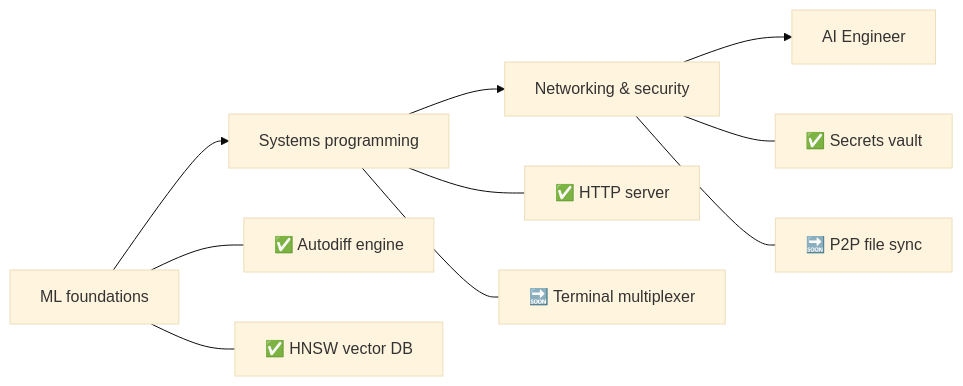
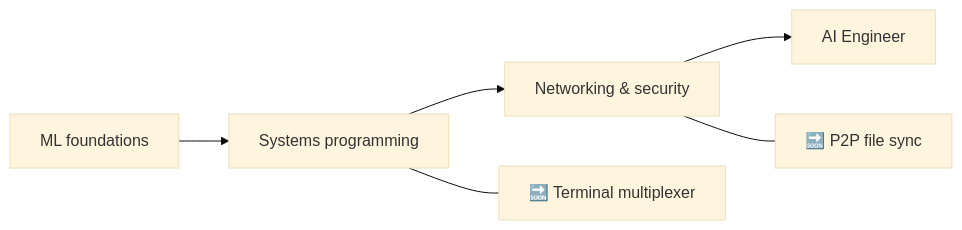
Before and after one commit to zuroking/zuroking: the diagram in README.md, drawn with Mermaid (base theme). The commit also changed other lines of this file, not shown here.

````diff
--- a/README.md
+++ b/README.md
@@ -90,13 +99,9 @@
 ```mermaid
 flowchart LR
     A[ML foundations] --> B[Systems programming]
     B --> C[Networking & security]
     C --> D[AI Engineer]
 
-    A --- A1[✅ Autodiff engine]
-    A --- A2[✅ HNSW vector DB]
-    B --- B1[✅ HTTP server]
-    B --- B2[🔜 Terminal multiplexer]
-    C --- C1[✅ Secrets vault]
+    B --- B1[🔜 Terminal multiplexer]
     C --- C2[🔜 P2P file sync]
 ```
````
